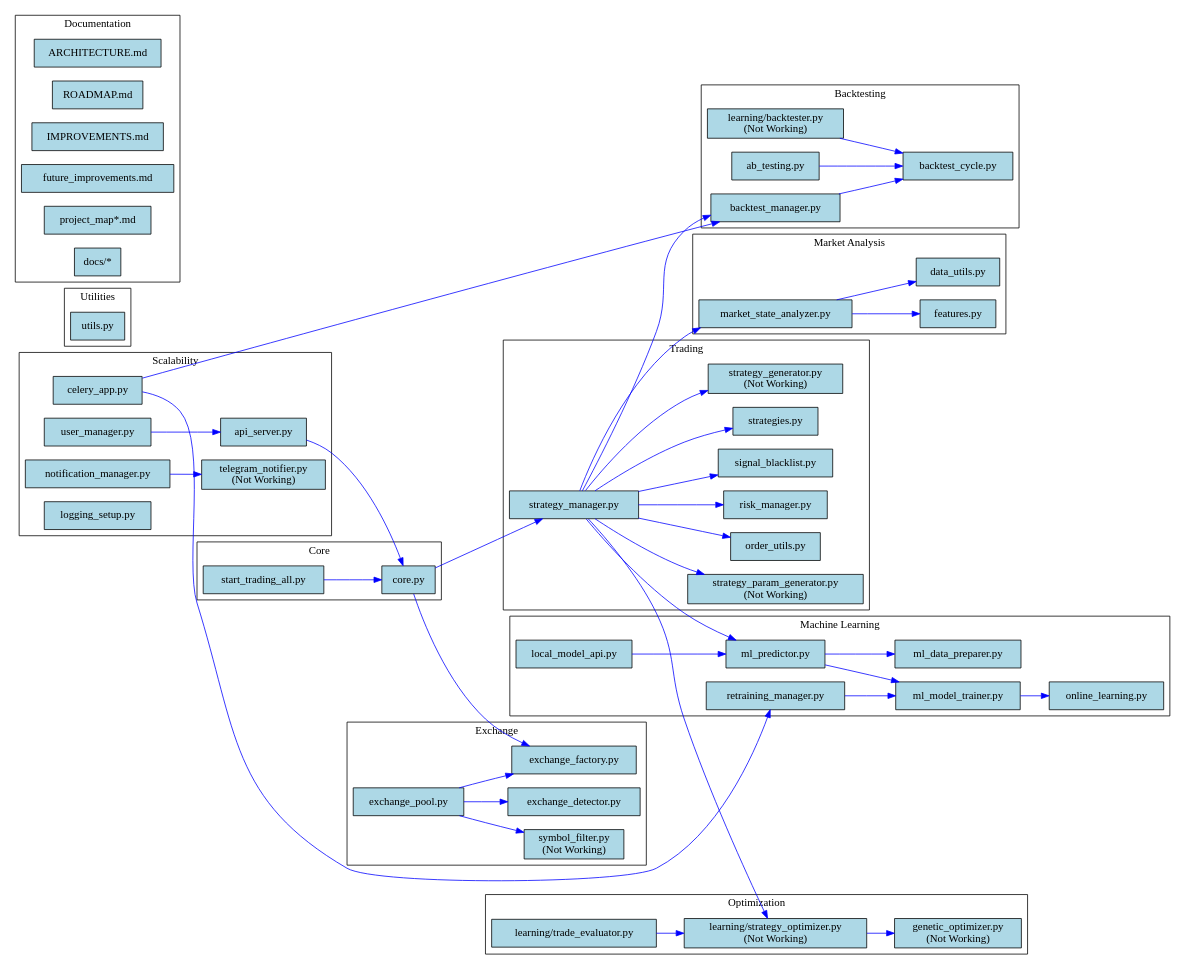
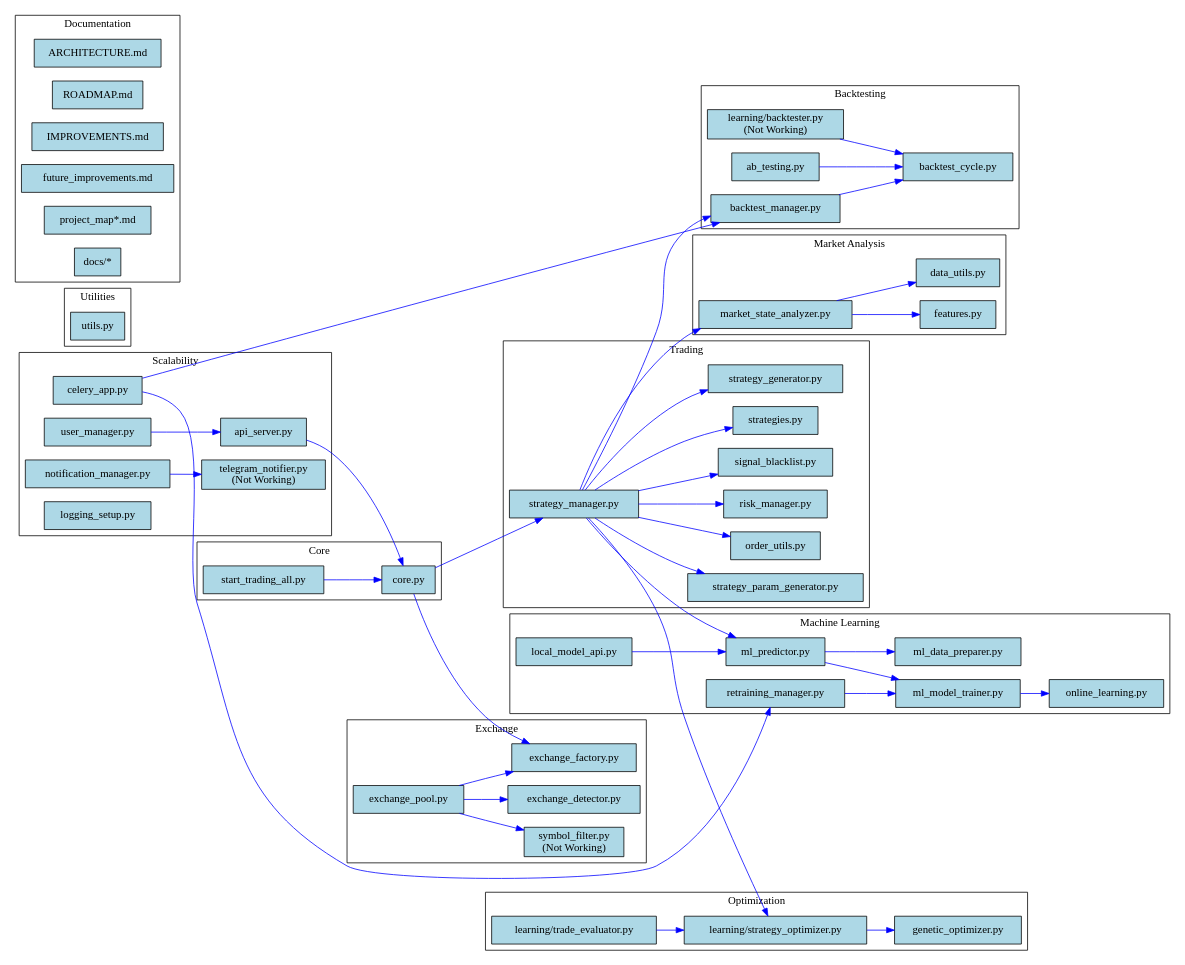
The diagram in trading_bot_graph.dot (Mars-proj/Simbiot-trading-bot-evolved), drawn with Graphviz before and after one commit. The commit also changed 7 other files, not shown here.

```diff
--- a/trading_bot_graph.dot
+++ b/trading_bot_graph.dot
@@ -1,140 +1,140 @@
 digraph TradingBotSystem {
     rankdir=LR;
     node [shape=box, style=filled, fillcolor=lightblue];
     edge [color=blue];
 
     // Core
     subgraph cluster_core {
         label="Core";
         fillcolor=lightgreen;
         core [label="core.py"];
         start_trading [label="start_trading_all.py"];
         start_trading -> core;
     }
 
     // Trading
     subgraph cluster_trading {
         label="Trading";
         fillcolor=lightyellow;
         strategies [label="strategies.py"];
         strategy_manager [label="strategy_manager.py"];
-        strategy_generator [label="strategy_generator.py\n(Not Working)"];
-        strategy_param_generator [label="strategy_param_generator.py\n(Not Working)"];
+        strategy_generator [label="strategy_generator.py"];
+        strategy_param_generator [label="strategy_param_generator.py"];
         order_utils [label="order_utils.py"];
         risk_manager [label="risk_manager.py"];
         signal_blacklist [label="signal_blacklist.py"];
         strategy_manager -> strategies;
         strategy_manager -> strategy_generator;
         strategy_manager -> strategy_param_generator;
         strategy_manager -> order_utils;
         strategy_manager -> risk_manager;
         strategy_manager -> signal_blacklist;
         core -> strategy_manager;
     }
 
     // Exchange
     subgraph cluster_exchange {
         label="Exchange";
         fillcolor=lightcoral;
         exchange_factory [label="exchange_factory.py"];
         exchange_detector [label="exchange_detector.py"];
         exchange_pool [label="exchange_pool.py"];
         symbol_filter [label="symbol_filter.py\n(Not Working)"];
         exchange_pool -> exchange_factory;
         exchange_pool -> exchange_detector;
         exchange_pool -> symbol_filter;
         core -> exchange_factory;
     }
 
     // Market Analysis
     subgraph cluster_market_analysis {
         label="Market Analysis";
         fillcolor=lightpink;
         market_state_analyzer [label="market_state_analyzer.py"];
         features [label="features.py"];
         data_utils [label="data_utils.py"];
         market_state_analyzer -> features;
         market_state_analyzer -> data_utils;
         strategy_manager -> market_state_analyzer;
     }
 
     // Machine Learning
     subgraph cluster_ml {
         label="Machine Learning";
         fillcolor=lightcyan;
         ml_data_preparer [label="ml_data_preparer.py"];
         ml_model_trainer [label="ml_model_trainer.py"];
         ml_predictor [label="ml_predictor.py"];
         online_learning [label="online_learning.py"];
         retraining_manager [label="retraining_manager.py"];
         local_model_api [label="local_model_api.py"];
         ml_predictor -> ml_model_trainer;
         ml_predictor -> ml_data_preparer;
         ml_model_trainer -> online_learning;
         retraining_manager -> ml_model_trainer;
         local_model_api -> ml_predictor;
         strategy_manager -> ml_predictor;
     }
 
     // Optimization
     subgraph cluster_optimization {
         label="Optimization";
         fillcolor=lightgoldenrodyellow;
-        genetic_optimizer [label="genetic_optimizer.py\n(Not Working)"];
-        strategy_optimizer [label="learning/strategy_optimizer.py\n(Not Working)"];
+        genetic_optimizer [label="genetic_optimizer.py"];
+        strategy_optimizer [label="learning/strategy_optimizer.py"];
         trade_evaluator [label="learning/trade_evaluator.py"];
         strategy_optimizer -> genetic_optimizer;
         trade_evaluator -> strategy_optimizer;
         strategy_manager -> strategy_optimizer;
     }
 
     // Backtesting
     subgraph cluster_backtesting {
         label="Backtesting";
         fillcolor=lightgray;
         backtest_cycle [label="backtest_cycle.py"];
         backtest_manager [label="backtest_manager.py"];
         learning_backtester [label="learning/backtester.py\n(Not Working)"];
         ab_testing [label="ab_testing.py"];
         backtest_manager -> backtest_cycle;
         learning_backtester -> backtest_cycle;
         ab_testing -> backtest_cycle;
         strategy_manager -> backtest_manager;
     }
 
     // Scalability
     subgraph cluster_scalability {
         label="Scalability";
         fillcolor=lightseagreen;
         celery_app [label="celery_app.py"];
         api_server [label="api_server.py"];
         user_manager [label="user_manager.py"];
         notification_manager [label="notification_manager.py"];
         telegram_notifier [label="telegram_notifier.py\n(Not Working)"];
         logging_setup [label="logging_setup.py"];
         notification_manager -> telegram_notifier;
         celery_app -> backtest_manager;
         celery_app -> retraining_manager;
         api_server -> core;
         user_manager -> api_server;
     }
 
     // Utilities
     subgraph cluster_utilities {
         label="Utilities";
         fillcolor=lightsalmon;
         utils [label="utils.py"];
     }
 
     // Documentation
     subgraph cluster_documentation {
         label="Documentation";
         fillcolor=lavender;
         architecture_md [label="ARCHITECTURE.md"];
         roadmap_md [label="ROADMAP.md"];
         improvements_md [label="IMPROVEMENTS.md"];
         future_improvements [label="future_improvements.md"];
         project_map_md [label="project_map*.md"];
         docs [label="docs/*"];
     }
 }
```
